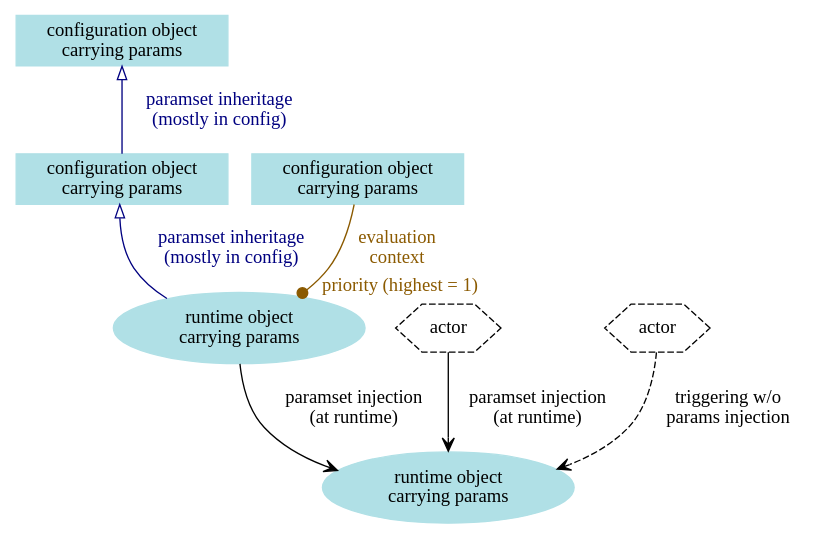
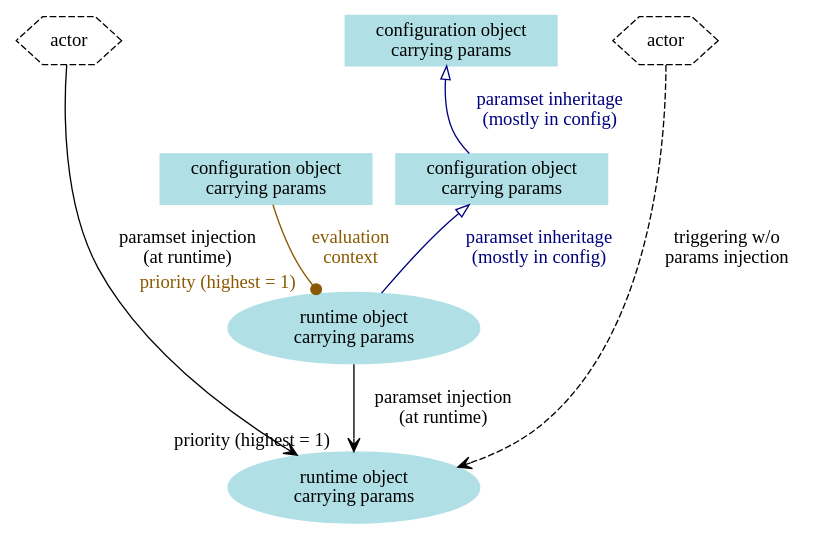
One commit to g76r/libqron changed the diagram in doc/paramset_hierarchy_caption.dot. Above: the diagram before and after it, drawn with Graphviz. The commit also changed 1 other file, not shown here.

Commit message:
doc: paramsets hierarchy diagram: added priority to paramset injection

```diff
--- a/doc/paramset_hierarchy_caption.dot
+++ b/doc/paramset_hierarchy_caption.dot
@@ -1,35 +1,36 @@
 graph g {
 
 // configuration objects carrying params
 node [shape=box,style=filled,color=powderblue,label="configuration object\ncarrying params"]
 co1
 co2
 co3
 
 // runtime objects carrying params
 node [shape=ellipse,label="runtime object\ncarrying params"]
 ru1
 ru2
 
 // actors
 node [shape=hexagon,style=dashed,color="",label="actor"]
 a1
 a2
+{ rank=min; a1; a2; }
 
 // ParamSet inheritage (mostly in configuration)
 edge [dir=back,arrowtail=onormal,label="paramset inheritage\n(mostly in config)",color=navy,fontcolor=navy]
 co1 -- co2 -- ru1
 
 // parameter injection at runtime
 edge [dir=forward,arrowhead=vee,label="paramset injection\n(at runtime)",color=black,fontcolor=black]
 a1 -- ru2
-ru1 -- ru2
+ru1 -- ru2 [headlabel="priority (highest = 1)"]
 
 // triggering w/o params injection
 a2 -- ru2 [style=dashed,label="triggering w/o\nparams injection"]
 
 // context for parameters evaluation
 edge [dir=forward,arrowhead=dot,label="evaluation\ncontext",color=orange4,fontcolor=orange4,headlabel="priority (highest = 1)"]
 co3 -- ru1
 
 }
```
